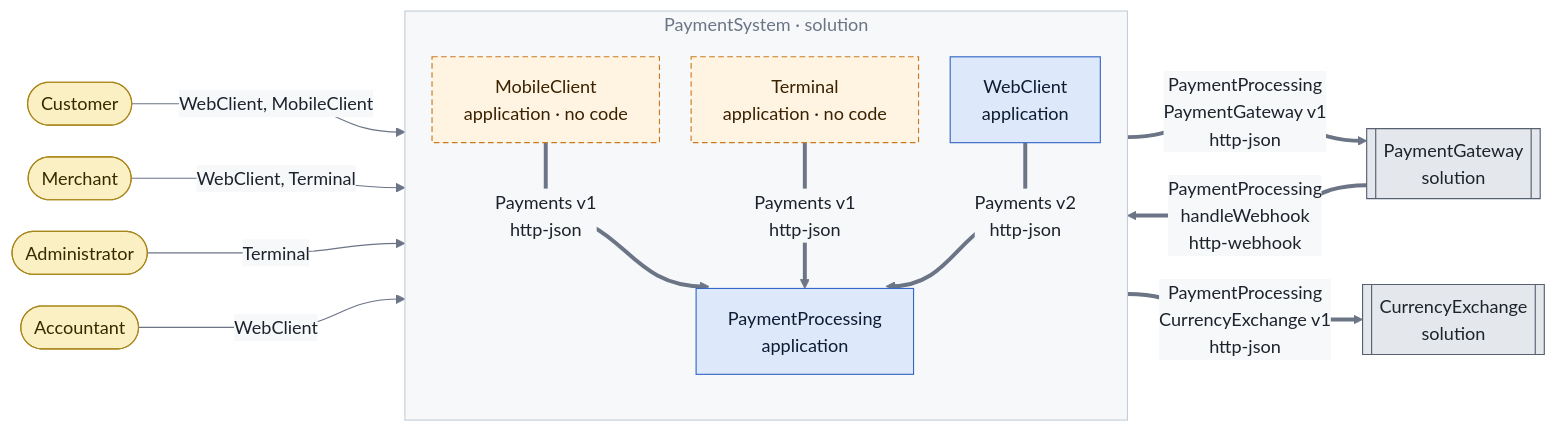
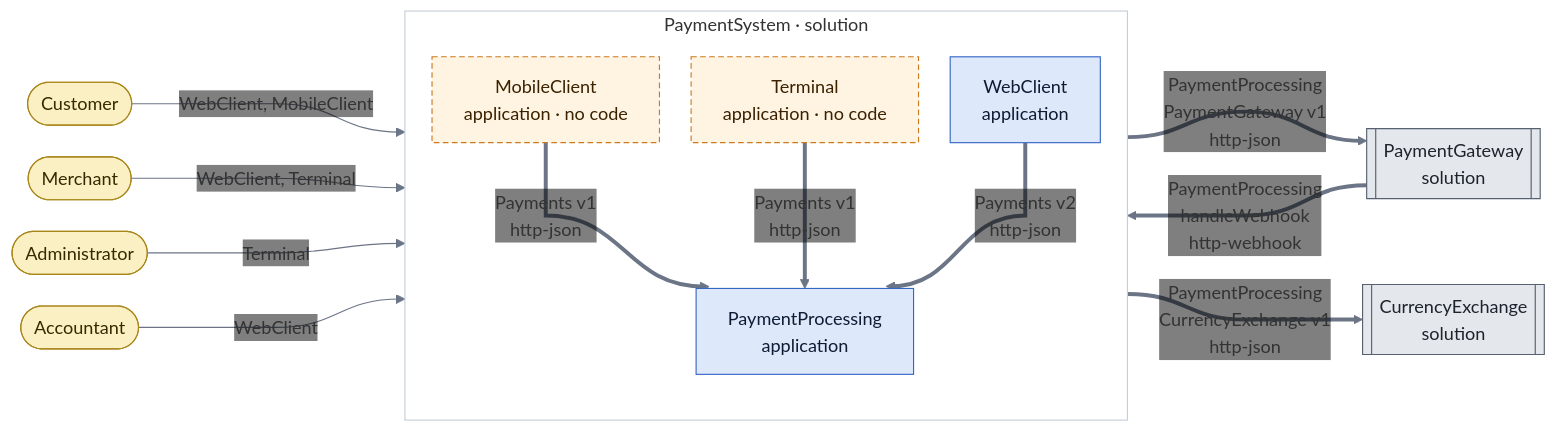
One commit to metarhia/highscript-prototype changed the third of 13 diagrams in Enterprise/docs/architecture.md. Above: the diagram before and after it, drawn with Mermaid. The commit also changed other lines of this file and 2 other files, not shown here.

Commit message:
Improve diagrams rendering

````diff
--- a/Enterprise/docs/architecture.md
+++ b/Enterprise/docs/architecture.md
@@ -98,34 +98,34 @@
 ```mermaid
-%%{init: {"theme":"base","flowchart":{"curve":"bumpX","nodeSpacing":28,"rankSpacing":56,"padding":14},"themeVariables":{"primaryColor":"#eef0f3","primaryTextColor":"#1d232c","primaryBorderColor":"#7c8697","lineColor":"#6b7586","textColor":"#1d232c","titleColor":"#6b7586","fontFamily":"ui-sans-serif, system-ui, sans-serif","clusterBkg":"#f7f8fa","clusterBorder":"#c5ced9","edgeLabelBackground":"#f7f8fa"}}}%%
+%%{init: {"look":"classic","flowchart":{"curve":"bumpX","nodeSpacing":28,"rankSpacing":56,"padding":14,"look":"classic"},"themeVariables":{"lineColor":"#6b7586","arrowheadColor":"#6b7586","fontFamily":"ui-sans-serif, system-ui, sans-serif","clusterBkg":"transparent","clusterBorder":"#c5ced9","edgeLabelBackground":"transparent","nodeShadow":false,"dropShadow":"none"},"themeCSS":".labelBkg{background-color:transparent;}.node rect,.node circle,.node ellipse,.node polygon,.node path,.cluster rect,[data-look=neo].node rect,[data-look=neo].node circle,[data-look=neo].node polygon,[data-look=neo].node path,[data-look=neo].node .outer-path,[data-look=neo].cluster rect{filter:none !important;}"}}%%
 flowchart LR
   v2_actor_Accountant(["Accountant"]):::actor
   v2_actor_Customer(["Customer"]):::actor
   v2_actor_Merchant(["Merchant"]):::actor
   v2_actor_Administrator(["Administrator"]):::actor
   subgraph v2_Enterprise_PaymentSystem ["PaymentSystem#160;·#160;solution"]
     direction TB
     v2_Enterprise_PaymentSystem_WebClient["WebClient<br/>application"]:::unit
     v2_Enterprise_PaymentSystem_MobileClient["MobileClient<br/>application · no code"]:::missing
     v2_Enterprise_PaymentSystem_Terminal["Terminal<br/>application · no code"]:::missing
     v2_Enterprise_PaymentSystem_PaymentProcessing["PaymentProcessing<br/>application"]:::unit
   end
   v2_Enterprise_PaymentGateway[["PaymentGateway<br/>solution"]]:::external
   v2_Enterprise_CurrencyExchange[["CurrencyExchange<br/>solution"]]:::external
   v2_Enterprise_PaymentGateway ==>|"PaymentProcessing<br/>handleWebhook<br/>http-webhook"| v2_Enterprise_PaymentSystem
   v2_actor_Customer -->|"WebClient, MobileClient"| v2_Enterprise_PaymentSystem
   v2_actor_Merchant -->|"WebClient, Terminal"| v2_Enterprise_PaymentSystem
   v2_actor_Administrator -->|"Terminal"| v2_Enterprise_PaymentSystem
   v2_actor_Accountant -->|"WebClient"| v2_Enterprise_PaymentSystem
   v2_Enterprise_PaymentSystem_MobileClient ==>|"Payments v1<br/>http-json"| v2_Enterprise_PaymentSystem_PaymentProcessing
   v2_Enterprise_PaymentSystem ==>|"PaymentProcessing<br/>PaymentGateway v1<br/>http-json"| v2_Enterprise_PaymentGateway
   v2_Enterprise_PaymentSystem ==>|"PaymentProcessing<br/>CurrencyExchange v1<br/>http-json"| v2_Enterprise_CurrencyExchange
   v2_Enterprise_PaymentSystem_Terminal ==>|"Payments v1<br/>http-json"| v2_Enterprise_PaymentSystem_PaymentProcessing
   v2_Enterprise_PaymentSystem_WebClient ==>|"Payments v2<br/>http-json"| v2_Enterprise_PaymentSystem_PaymentProcessing
   classDef unit fill:#dde8fb,stroke:#3567c4,color:#0d1b33
   classDef component fill:#dcf3e6,stroke:#2b8a57,color:#0c2a1a
   classDef internal fill:#eef0f3,stroke:#7c8697,color:#1d232c
   classDef missing fill:#fff3e2,stroke:#cc7a1f,color:#3a2200,stroke-dasharray:5 3
   classDef actor fill:#fbf0c3,stroke:#a9861a,color:#352900
   classDef external fill:#e4e7ec,stroke:#566070,color:#1d232c
   classDef requirement fill:#f2e5fb,stroke:#8045b8,color:#26103a
 ```
````
